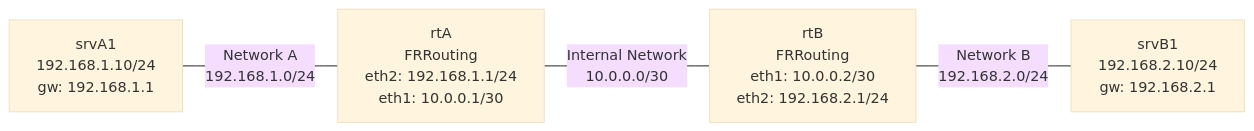
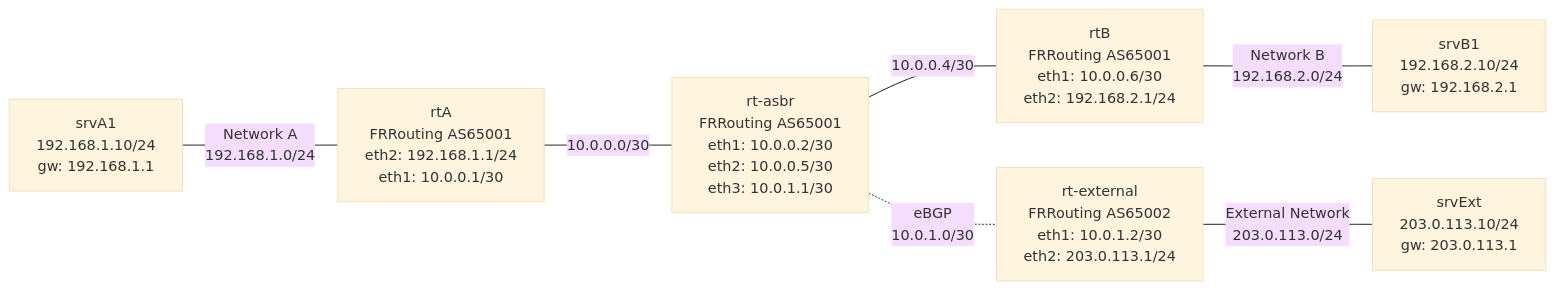
The diagram in DESIGN.md (azuki774/network-training), drawn with Mermaid (base theme) before and after one commit. The commit also changed other lines of this file and 5 other files, not shown here.

````diff
--- a/DESIGN.md
+++ b/DESIGN.md
@@ -5,11 +5,17 @@
 ```mermaid
 graph LR
     srvA1["srvA1<br/>192.168.1.10/24<br/>gw: 192.168.1.1"]
-    rtA["rtA<br/>FRRouting<br/>eth2: 192.168.1.1/24<br/>eth1: 10.0.0.1/30"]
-    rtB["rtB<br/>FRRouting<br/>eth1: 10.0.0.2/30<br/>eth2: 192.168.2.1/24"]
+    rtA["rtA<br/>FRRouting AS65001<br/>eth2: 192.168.1.1/24<br/>eth1: 10.0.0.1/30"]
+    rtASBR["rt-asbr<br/>FRRouting AS65001<br/>eth1: 10.0.0.2/30<br/>eth2: 10.0.0.5/30<br/>eth3: 10.0.1.1/30"]
+    rtB["rtB<br/>FRRouting AS65001<br/>eth1: 10.0.0.6/30<br/>eth2: 192.168.2.1/24"]
     srvB1["srvB1<br/>192.168.2.10/24<br/>gw: 192.168.2.1"]
+    rtExt["rt-external<br/>FRRouting AS65002<br/>eth1: 10.0.1.2/30<br/>eth2: 203.0.113.1/24"]
+    srvExt["srvExt<br/>203.0.113.10/24<br/>gw: 203.0.113.1"]
 
     srvA1 -- "Network A<br/>192.168.1.0/24" --- rtA
-    rtA -- "Internal Network<br/>10.0.0.0/30" --- rtB
+    rtA -- "10.0.0.0/30" --- rtASBR
+    rtASBR -- "10.0.0.4/30" --- rtB
     rtB -- "Network B<br/>192.168.2.0/24" --- srvB1
+    rtASBR -. "eBGP<br/>10.0.1.0/30" .- rtExt
+    rtExt -- "External Network<br/>203.0.113.0/24" --- srvExt
 ```
````
